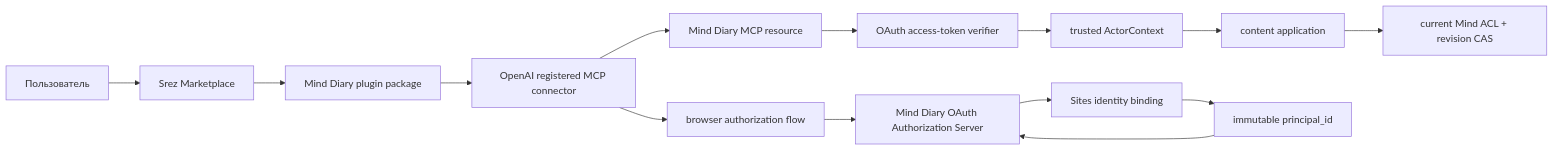
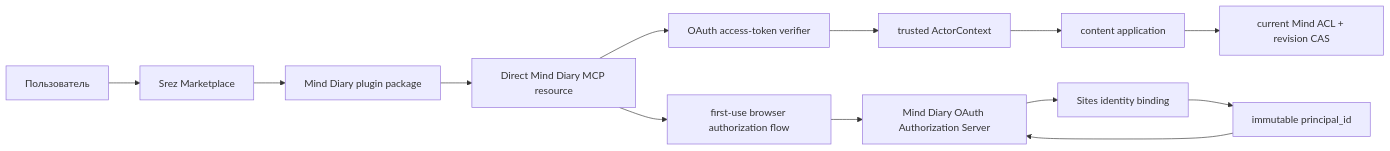
One commit to xxsrez/MindDiary changed the diagram in docs/specs/plugin-connector.md. Above: the diagram before and after it, drawn with Mermaid. The commit also changed other lines of this file and 8 other files, not shown here.

Commit message:
docs: switch Codex pilot to direct MCP

````diff
--- a/docs/specs/plugin-connector.md
+++ b/docs/specs/plugin-connector.md
@@ -135,17 +138,16 @@
 ```mermaid
 flowchart LR
     User["Пользователь"] --> Market["Srez Marketplace"]
     Market --> Plugin["Mind Diary plugin package"]
-    Plugin --> App["OpenAI registered MCP connector"]
-    App --> Resource["Mind Diary MCP resource"]
+    Plugin --> Resource["Direct Mind Diary MCP resource"]
     Resource --> Authn["OAuth access-token verifier"]
     Authn --> Actor["trusted ActorContext"]
     Actor --> Content["content application"]
     Content --> ACL["current Mind ACL + revision CAS"]
 
-    App --> Browser["browser authorization flow"]
+    Resource --> Browser["first-use browser authorization flow"]
     Browser --> Authz["Mind Diary OAuth Authorization Server"]
     Authz --> Binding["Sites identity binding"]
     Binding --> Principal["immutable principal_id"]
     Principal --> Authz
 ```
````
